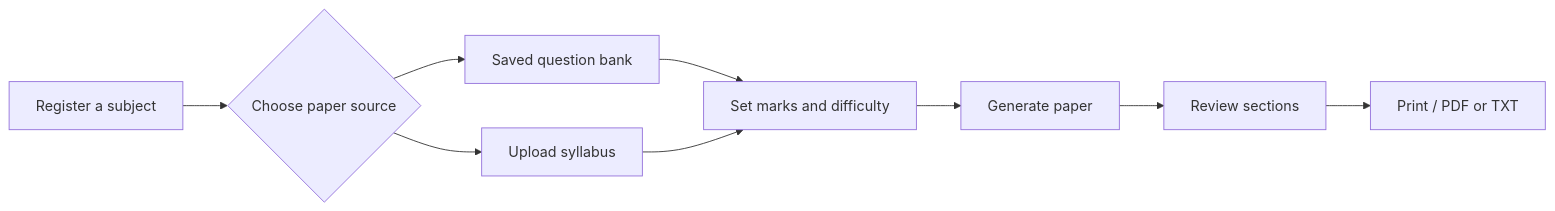
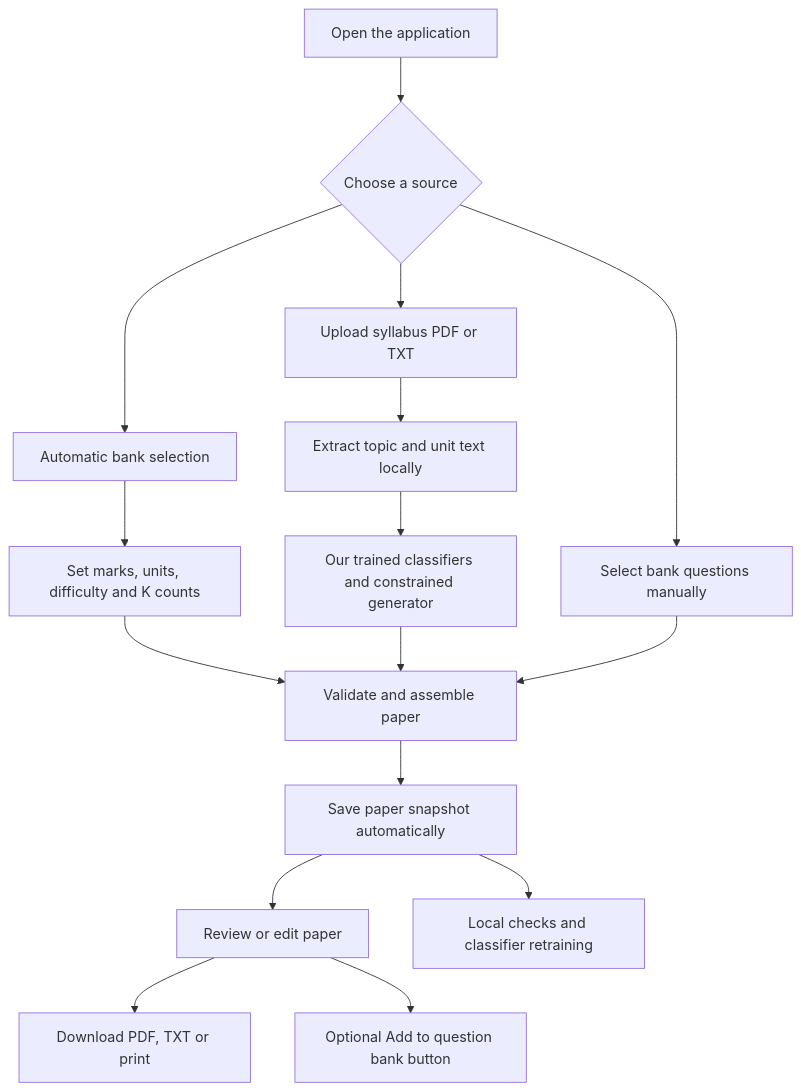
One commit to irfanshafi21/mini-project changed the diagram in README.md. Above: the diagram before and after it, drawn with Mermaid. The commit also changed other lines of this file, not shown here.

Commit message:
Document our local ML, Bloom workflow and college setup

````diff
--- a/README.md
+++ b/README.md
@@ -99,11 +48,18 @@
 ```mermaid
-flowchart LR
-    A[Register a subject] --> B{Choose paper source}
-    B --> C[Saved question bank]
-    B --> D[Upload syllabus]
-    C --> E[Set marks and difficulty]
-    D --> E
-    E --> F[Generate paper]
-    F --> G[Review sections]
-    G --> H[Print / PDF or TXT]
+flowchart TD
+  A[Open the application] --> B{Choose a source}
+  B --> C[Select bank questions manually]
+  B --> D[Automatic bank selection]
+  B --> E[Upload syllabus PDF or TXT]
+  D --> F[Set marks, units, difficulty and K counts]
+  E --> G[Extract topic and unit text locally]
+  G --> H[Our trained classifiers and constrained generator]
+  F --> I[Validate and assemble paper]
+  H --> I
+  C --> I
+  I --> J[Save paper snapshot automatically]
+  J --> K[Review or edit paper]
+  K --> L[Download PDF, TXT or print]
+  K --> M[Optional Add to question bank button]
+  J --> N[Local checks and classifier retraining]
 ```
````
